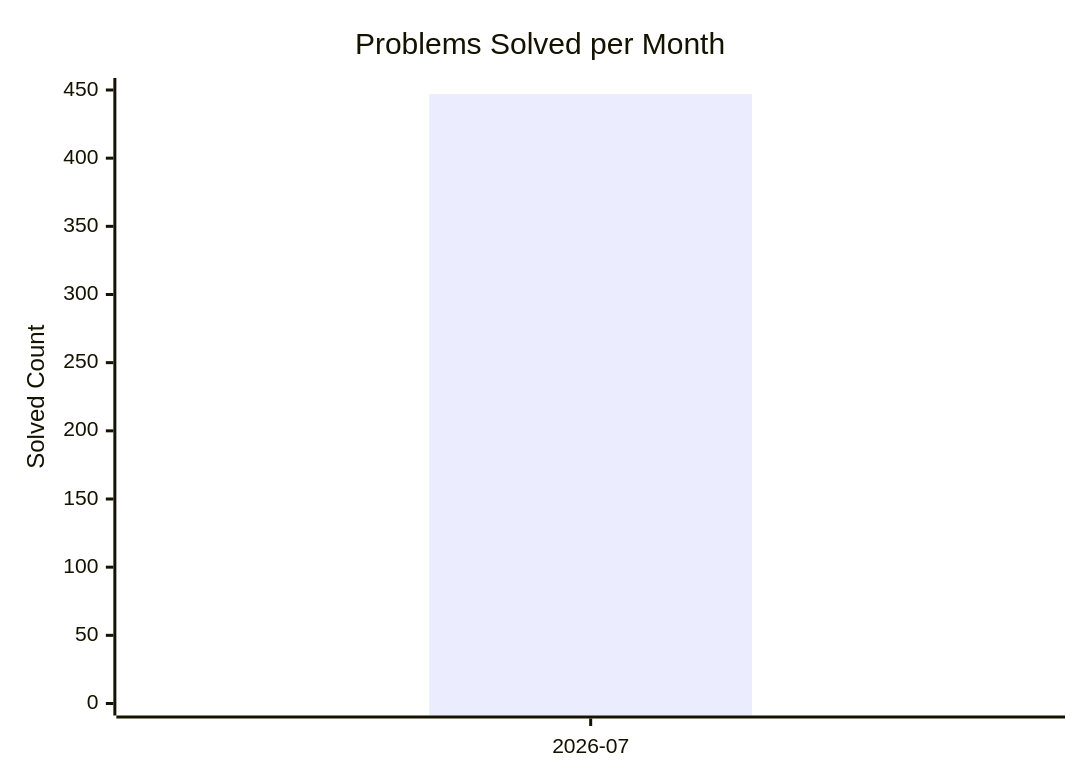
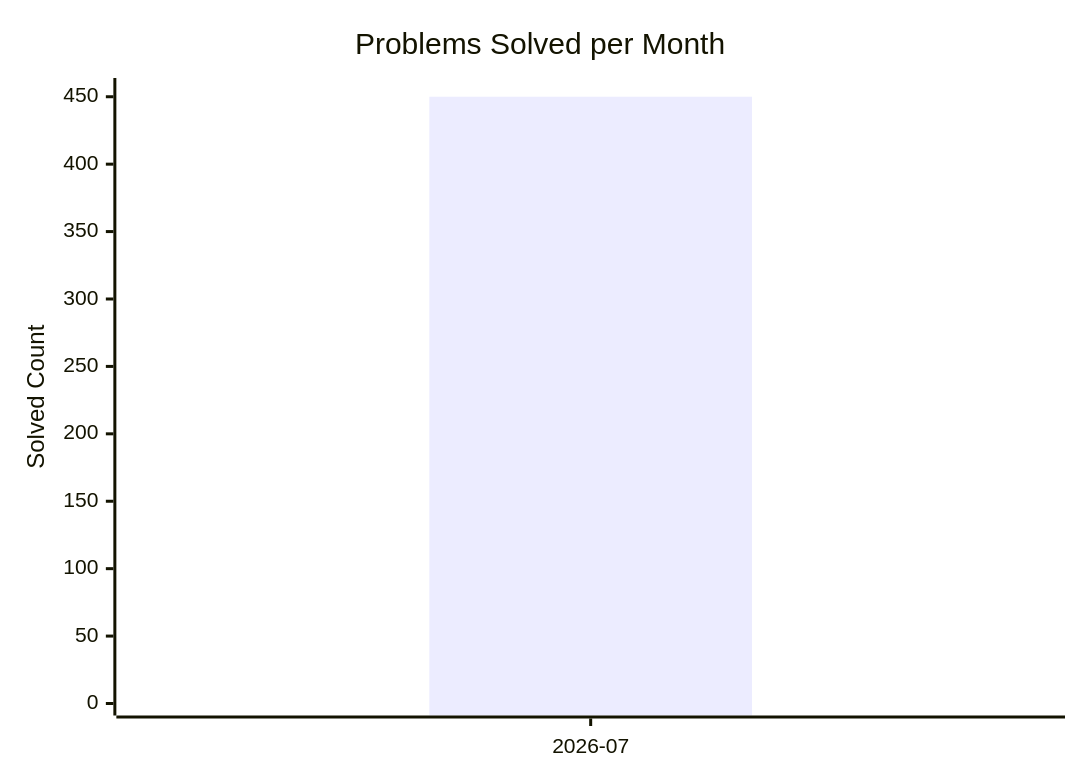
One commit to AdityaPandey-DEV/CP-Progress-Sync changed the diagram in dashboard.md. Above: the diagram before and after it, drawn with Mermaid. The commit also changed other lines of this file, not shown here.

Commit message:
Auto-update CP dashboard [skip ci]

````diff
--- a/dashboard.md
+++ b/dashboard.md
@@ -8,8 +8,8 @@
 ```mermaid
 xychart-beta
     title "Problems Solved per Month"
     x-axis ["2026-07"]
-    y-axis "Solved Count" 0 --> 450
-    bar [447]
-    line [447]
+    y-axis "Solved Count" 0 --> 455
+    bar [450]
+    line [450]
 ```
````
